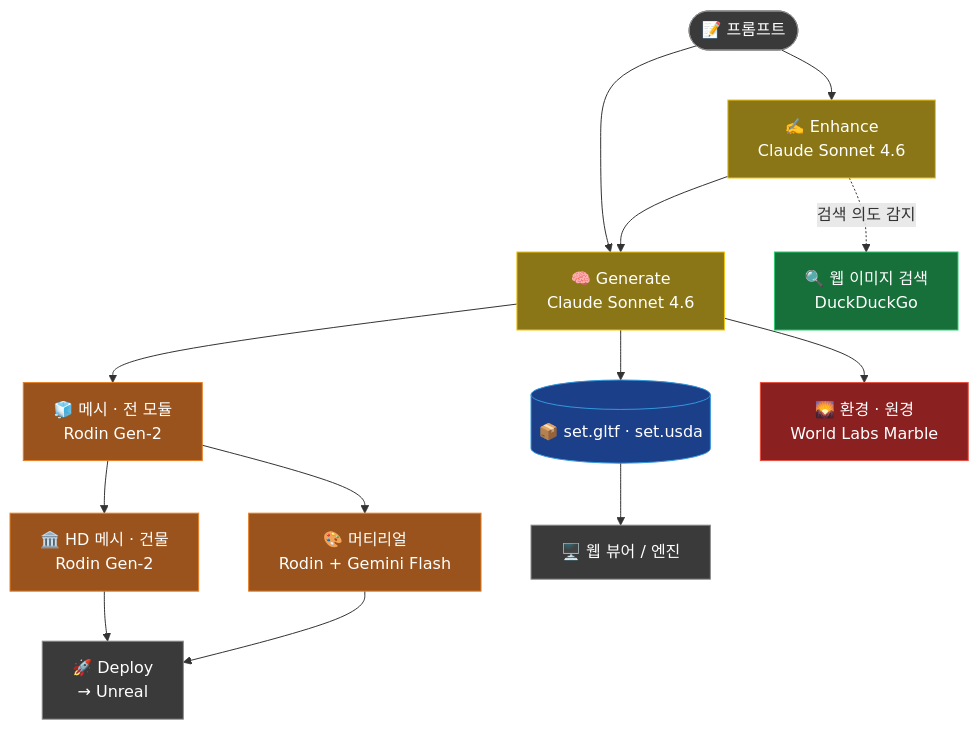
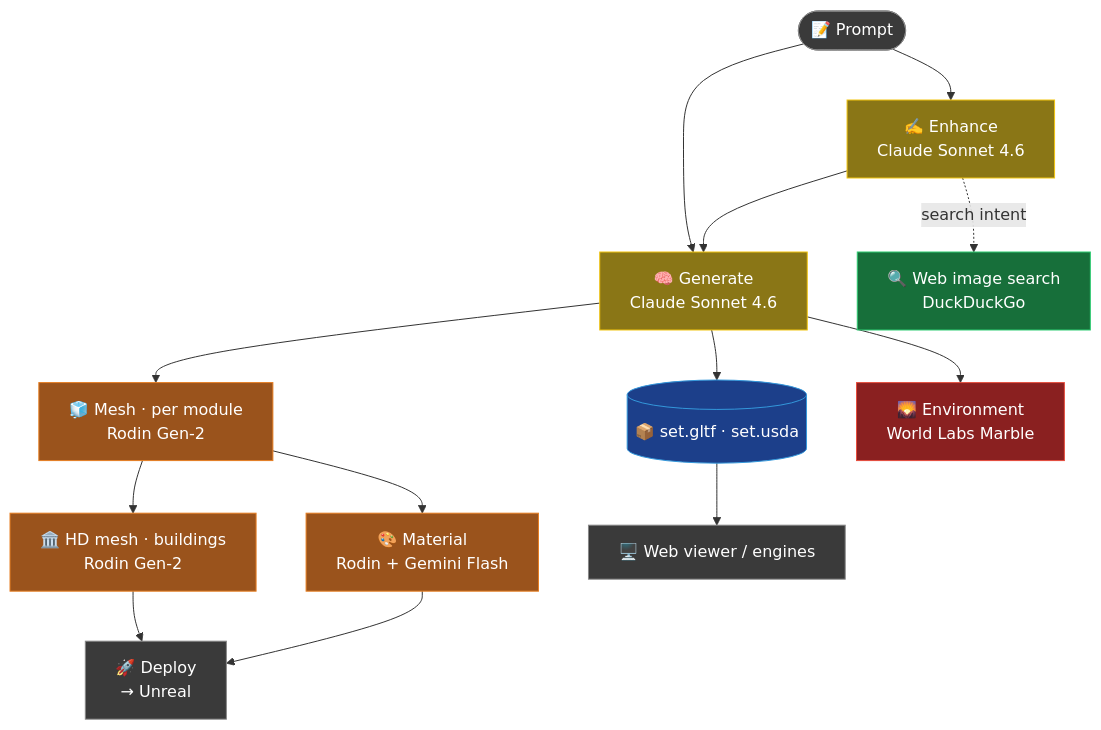
Before and after one commit to jaykaysmwork/setlab: the first of 2 diagrams in README.md, drawn with Mermaid. The commit also changed other lines of this file, not shown here.

````diff
--- a/README.md
+++ b/README.md
@@ -55,29 +49,29 @@
 ```mermaid
 flowchart TD
-    P(["📝 프롬프트"]) --> E["✍️ Enhance<br/>Claude Sonnet 4.6"]
+    P(["📝 Prompt"]) --> E["✍️ Enhance<br/>Claude Sonnet 4.6"]
     P --> G["🧠 Generate<br/>Claude Sonnet 4.6"]
-    E -. "검색 의도 감지" .-> S["🔍 웹 이미지 검색<br/>DuckDuckGo"]
+    E -. "search intent" .-> S["🔍 Web image search<br/>DuckDuckGo"]
     E --> G
     G --> OUT[("📦 set.gltf · set.usda")]
-    G --> M["🧊 메시 · 전 모듈<br/>Rodin Gen-2"]
-    M --> HD["🏛️ HD 메시 · 건물<br/>Rodin Gen-2"]
-    M --> MAT["🎨 머티리얼<br/>Rodin + Gemini Flash"]
+    G --> M["🧊 Mesh · per module<br/>Rodin Gen-2"]
+    M --> HD["🏛️ HD mesh · buildings<br/>Rodin Gen-2"]
+    M --> MAT["🎨 Material<br/>Rodin + Gemini Flash"]
     HD --> DEP["🚀 Deploy<br/>→ Unreal"]
     MAT --> DEP
-    G --> MB["🌄 환경 · 원경<br/>World Labs Marble"]
-    OUT --> V["🖥️ 웹 뷰어 / 엔진"]
+    G --> MB["🌄 Environment<br/>World Labs Marble"]
+    OUT --> V["🖥️ Web viewer / engines"]
 
     classDef free   fill:#176f3a,stroke:#2ecc71,color:#fff;
     classDef llm    fill:#8a7616,stroke:#f1c40f,color:#fff;
     classDef heavy  fill:#9a531c,stroke:#e67e22,color:#fff;
     classDef xheavy fill:#8a2020,stroke:#e74c3c,color:#fff;
     classDef out    fill:#1c3f8a,stroke:#3498db,color:#fff;
     classDef step   fill:#3a3a3a,stroke:#888,color:#fff;
 
     class E,G llm;
     class S free;
     class M,HD,MAT heavy;
     class MB xheavy;
     class OUT out;
     class DEP,V,P step;
 ```
````
